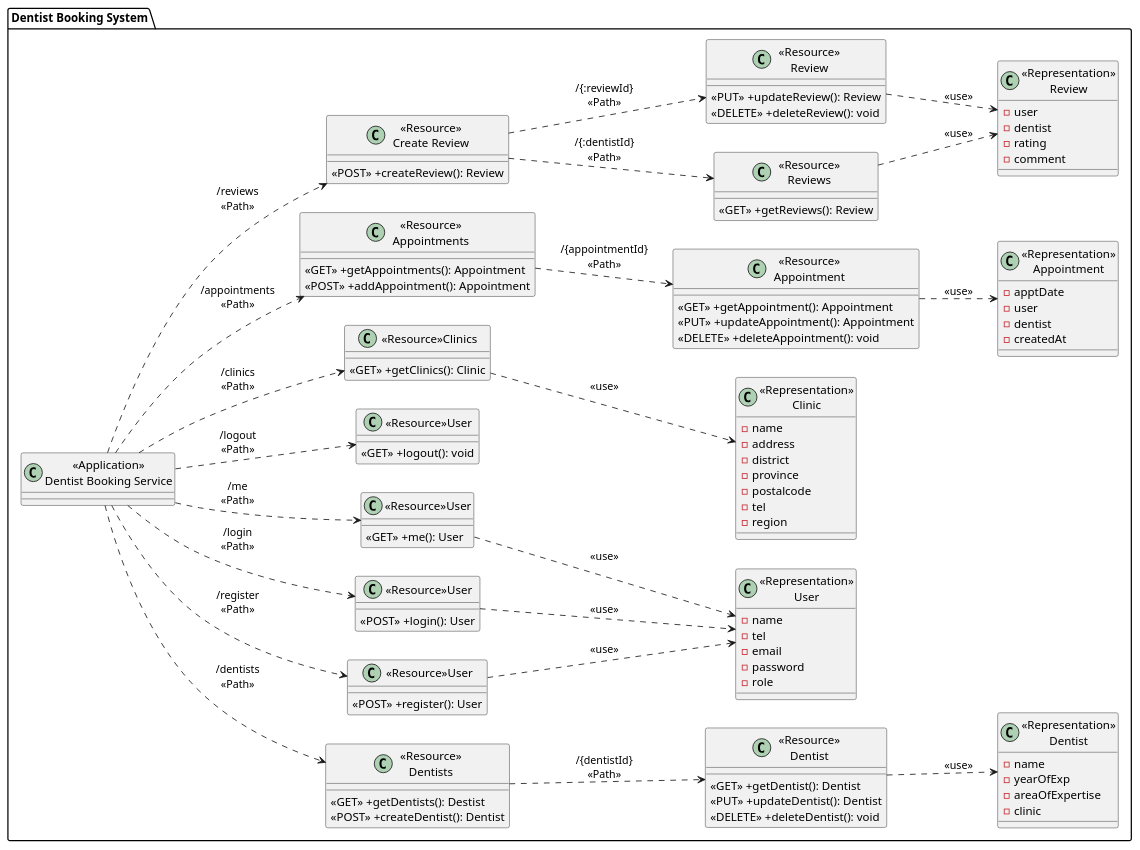
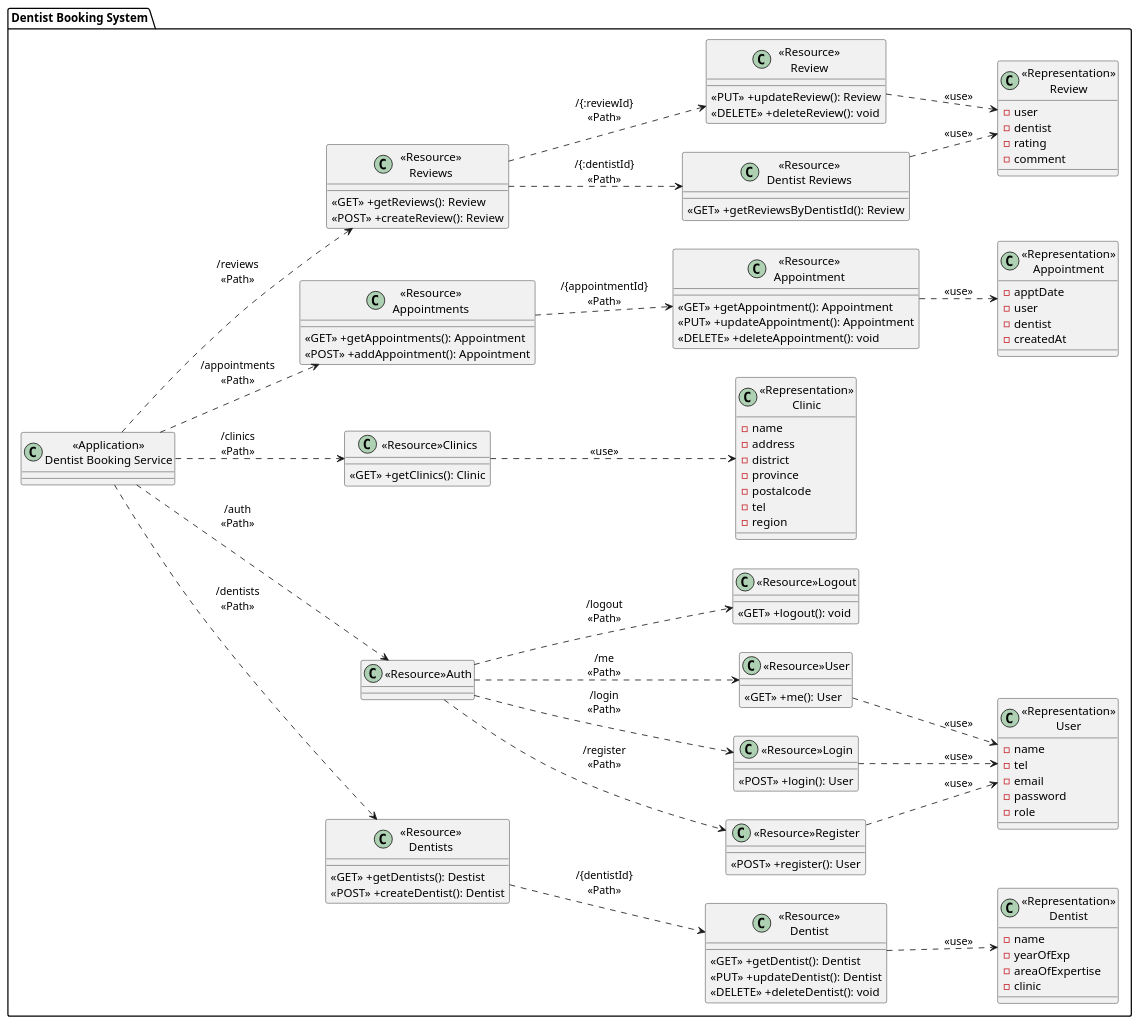
One commit to KoalaMuch/DentistBooking changed the diagram in doc/classDiagram/ClassDiagram.puml. Above: the diagram before and after it, drawn with PlantUML. The commit also changed 2 other files, not shown here.

Commit message:
Update review module

```diff
--- a/doc/classDiagram/ClassDiagram.puml
+++ b/doc/classDiagram/ClassDiagram.puml
@@ -1,120 +1,125 @@
 @startuml
 left to right direction
 package "Dentist Booking System"{
     class "<<Application>>\nDentist Booking Service" as DentistBookingService{}
 
 ' dentists
     class "<<Resource>>\nDentists" as ResourceDentists{
         <<GET>> +getDentists(): Destist
         <<POST>> +createDentist(): Dentist
     }
 
     class "<<Resource>>\nDentist" as ResourceDentist {
         <<GET>> +getDentist(): Dentist
         <<PUT>> +updateDentist(): Dentist
         <<DELETE>> +deleteDentist(): void
     }
 
     class "<<Representation>>\nDentist" as RepresentationDentist {
         -name
         -yearOfExp
         -areaOfExpertise
         -clinic
     }
 
     ' auth
-    class "<<Resource>>User" as ResourceUserRegister{
+    class "<<Resource>>Auth" as ResourceAuth{
+        
+    }
+    class "<<Resource>>Register" as ResourceUserRegister{
         <<POST>> +register(): User
     }
-    class "<<Resource>>User" as ResourceUserLogin{
+    class "<<Resource>>Login" as ResourceUserLogin{
         <<POST>> +login(): User
     }
     class "<<Resource>>User" as ResourceUser{
         <<GET>> +me(): User
     }
-    class "<<Resource>>User" as ResourceUserLogout{
+    class "<<Resource>>Logout" as ResourceUserLogout{
         <<GET>> +logout(): void
     }
     class "<<Representation>>\nUser" as RepresentationUser {
         -name
         -tel
         -email
         -password
         -role
     }
 
     ' clinic
     class "<<Resource>>Clinics" as ResourceClinics{
         <<GET>> +getClinics(): Clinic
     } 
     class "<<Representation>>\nClinic" as RepresentationClinic {
         -name
         -address
         -district
         -province
         -postalcode
         -tel
         -region
     }
 
     ' appointment
     class "<<Resource>>\nAppointments" as ResourceAppointments{
         <<GET>> +getAppointments(): Appointment
         <<POST>> +addAppointment(): Appointment
     }
     class "<<Resource>>\nAppointment" as ResourceAppointment{
         <<GET>> +getAppointment(): Appointment
         <<PUT>> +updateAppointment(): Appointment
         <<DELETE>> +deleteAppointment(): void
     }
     class "<<Representation>>\nAppointment" as RepresentationAppointment {
         -apptDate
         -user
         -dentist
         -createdAt
     }
 
     ' review
-    class "<<Resource>>\nCreate Review" as ResourceCreateReview{
+    class "<<Resource>>\nReviews" as ResourceReviews{
+        <<GET>> +getReviews(): Review
         <<POST>> +createReview(): Review
     } 
-    class "<<Resource>>\nReviews" as ResourceReviews{
-        <<GET>> +getReviews(): Review
+    class "<<Resource>>\nDentist Reviews" as ResourceDentistReviews{
+        <<GET>> +getReviewsByDentistId(): Review
     }
     class "<<Resource>>\nReview" as ResourceReview{
         <<PUT>> +updateReview(): Review
         <<DELETE>> +deleteReview(): void
     } 
     class "<<Representation>>\nReview" as RepresentationReview{
         -user
         -dentist
         -rating
         -comment
     } 
 }
 
 DentistBookingService ..> ResourceDentists:"/dentists\n<<Path>>"
 ResourceDentists ..> ResourceDentist: "/{dentistId}\n<<Path>>"
 ResourceDentist ..> RepresentationDentist: "<<use>>"
 
-DentistBookingService ..> ResourceUserRegister: "/register\n<<Path>>"
+DentistBookingService..>ResourceAuth:"/auth\n<<Path>>"
+ResourceAuth..> ResourceUserRegister: "/register\n<<Path>>"
 ResourceUserRegister ..>RepresentationUser: "<<use>>"
-DentistBookingService ..> ResourceUserLogin: "/login\n<<Path>>"
+ResourceAuth ..> ResourceUserLogin: "/login\n<<Path>>"
 ResourceUserLogin ..>RepresentationUser: "<<use>>"
-DentistBookingService ..> ResourceUser: "/me\n<<Path>>"
+ResourceAuth ..> ResourceUser: "/me\n<<Path>>"
 ResourceUser ..>RepresentationUser: "<<use>>"
-DentistBookingService ..> ResourceUserLogout: "/logout\n<<Path>>"
+ResourceAuth ..> ResourceUserLogout: "/logout\n<<Path>>"
 
 DentistBookingService ..> ResourceClinics:"/clinics\n<<Path>>"
 ResourceClinics ..> RepresentationClinic:"<<use>>"
 
 DentistBookingService ..> ResourceAppointments:"/appointments\n<<Path>>"
 ResourceAppointments ..> ResourceAppointment: "/{appointmentId}\n<<Path>>"
 ResourceAppointment ..> RepresentationAppointment: "<<use>>"
 
-DentistBookingService ..> ResourceCreateReview:"/reviews\n<<Path>>"
-ResourceCreateReview ..> ResourceReviews:"/{:dentistId}\n<<Path>>"
-ResourceCreateReview..> ResourceReview:"/{:reviewId}\n<<Path>>"
-ResourceReviews..>RepresentationReview:"<<use>>"
+DentistBookingService ..> ResourceReviews:"/reviews\n<<Path>>"
+ResourceReviews ..> ResourceDentistReviews:"/{:dentistId}\n<<Path>>"
+ResourceReviews..> ResourceReview:"/{:reviewId}\n<<Path>>"
+ResourceDentistReviews..>RepresentationReview:"<<use>>"
 ResourceReview..>RepresentationReview:"<<use>>"
 @enduml
```
